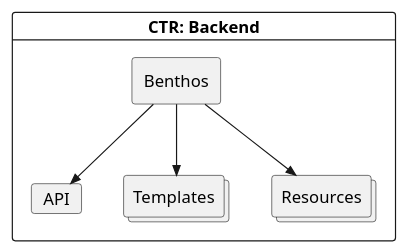
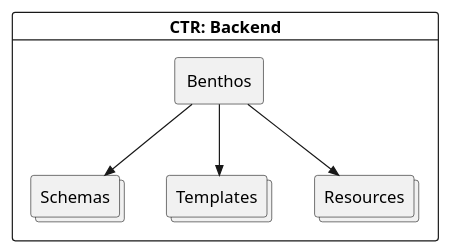
Before and after one commit to ulbmuenster/dataasee: the diagram in docs/uml/backend-container.puml, drawn with PlantUML. The commit also changed 142 other files, not shown here.

```diff
--- a/docs/uml/backend-container.puml
+++ b/docs/uml/backend-container.puml
@@ -1,14 +1,14 @@
 @startuml backend
 
 card ctr_be as "CTR: Backend" {
   agent be as "Benthos"
-  card be0 as "API"
+  collections be0 as "Schemas"
   collections be1 as "Templates"
   collections be2 as "Resources"
 }
 
 be -->> be0
 be -->> be1
 be -->> be2
 
 @enduml
```
